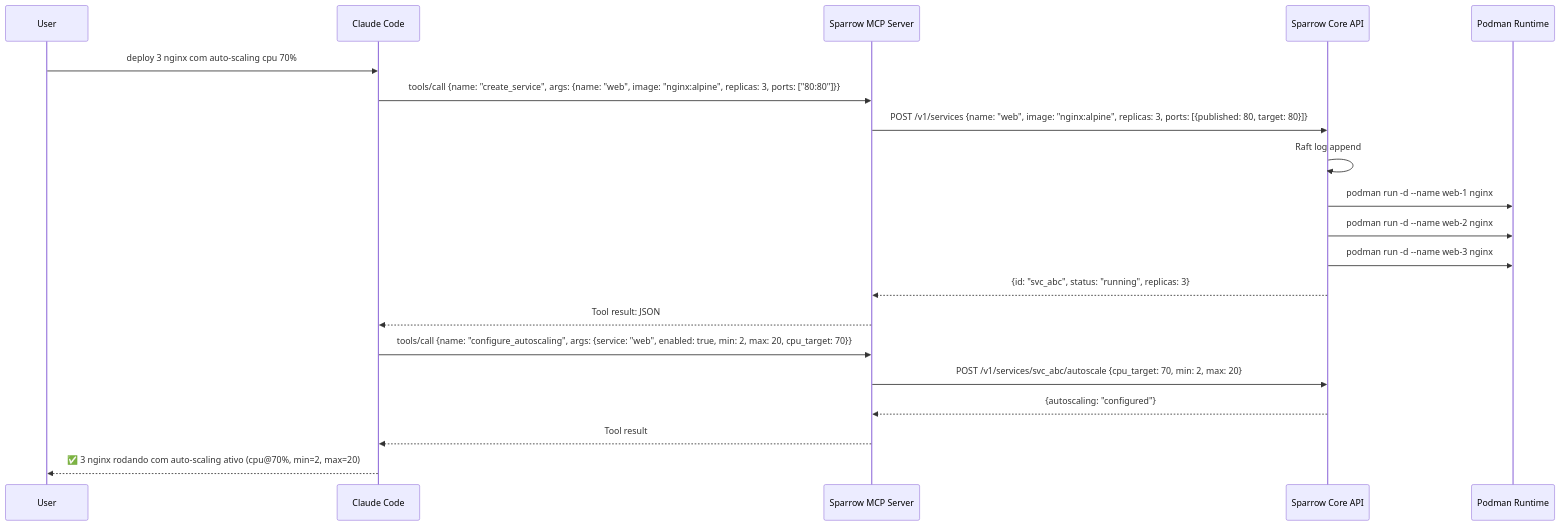
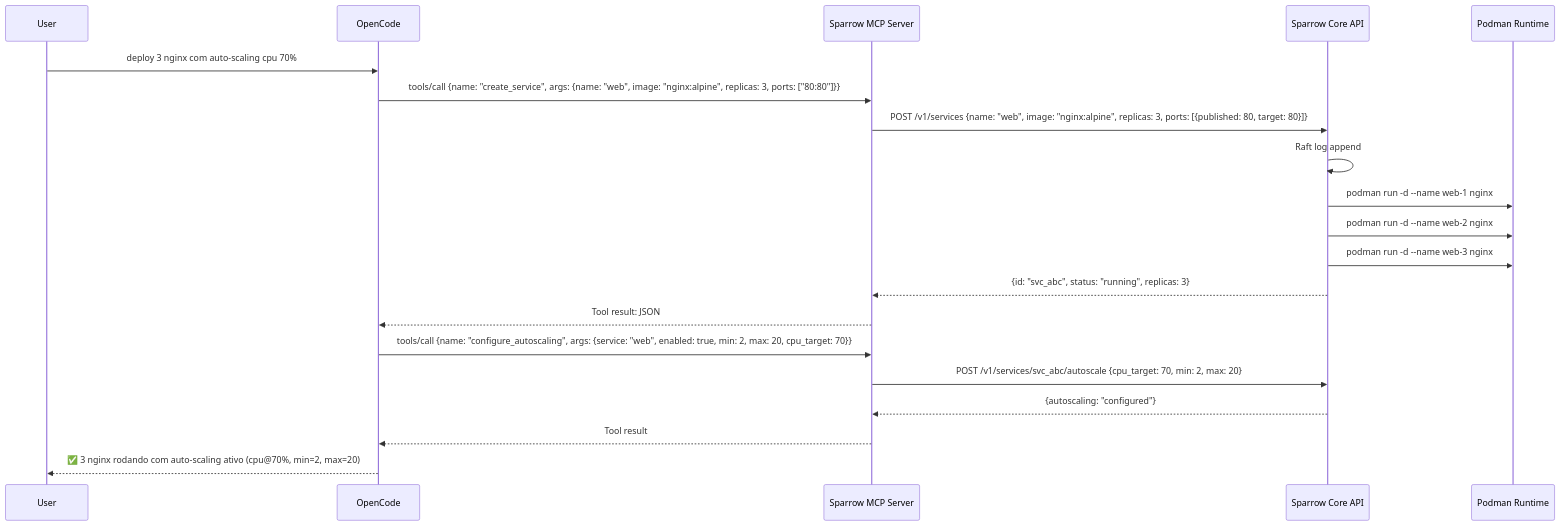
Before and after one commit to andeerc/sparrow: the diagram in docs/mcp-server.md, drawn with Mermaid. The commit also changed other lines of this file, not shown here.

Commit message:
fix: replace Claude Code references with OpenCode

````diff
--- a/docs/mcp-server.md
+++ b/docs/mcp-server.md
@@ -648,26 +648,26 @@
 ```mermaid
 sequenceDiagram
     participant User
-    participant Claude as Claude Code
+    participant OC as OpenCode
     participant SparrowMCP as Sparrow MCP Server
     participant SparrowAPI as Sparrow Core API
     participant Podman as Podman Runtime
     
-    User->>Claude: deploy 3 nginx com auto-scaling cpu 70%
+    User->>OC: deploy 3 nginx com auto-scaling cpu 70%
     
-    Claude->>SparrowMCP: tools/call {name: "create_service", args: {name: "web", image: "nginx:alpine", replicas: 3, ports: ["80:80"]}}
+    OC->>SparrowMCP: tools/call {name: "create_service", args: {name: "web", image: "nginx:alpine", replicas: 3, ports: ["80:80"]}}
     SparrowMCP->>SparrowAPI: POST /v1/services {name: "web", image: "nginx:alpine", replicas: 3, ports: [{published: 80, target: 80}]}
     SparrowAPI->>SparrowAPI: Raft log append
     SparrowAPI->>Podman: podman run -d --name web-1 nginx
     SparrowAPI->>Podman: podman run -d --name web-2 nginx
     SparrowAPI->>Podman: podman run -d --name web-3 nginx
     SparrowAPI-->>SparrowMCP: {id: "svc_abc", status: "running", replicas: 3}
-    SparrowMCP-->>Claude: Tool result: JSON
+    SparrowMCP-->>OC: Tool result: JSON
     
-    Claude->>SparrowMCP: tools/call {name: "configure_autoscaling", args: {service: "web", enabled: true, min: 2, max: 20, cpu_target: 70}}
+    OC->>SparrowMCP: tools/call {name: "configure_autoscaling", args: {service: "web", enabled: true, min: 2, max: 20, cpu_target: 70}}
     SparrowMCP->>SparrowAPI: POST /v1/services/svc_abc/autoscale {cpu_target: 70, min: 2, max: 20}
     SparrowAPI-->>SparrowMCP: {autoscaling: "configured"}
-    SparrowMCP-->>Claude: Tool result
+    SparrowMCP-->>OC: Tool result
     
-    Claude-->>User: ✅ 3 nginx rodando com auto-scaling ativo (cpu@70%, min=2, max=20)
+    OC-->>User: ✅ 3 nginx rodando com auto-scaling ativo (cpu@70%, min=2, max=20)
 ```
````
